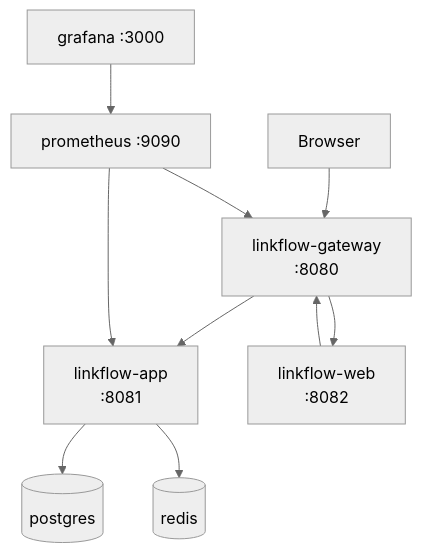
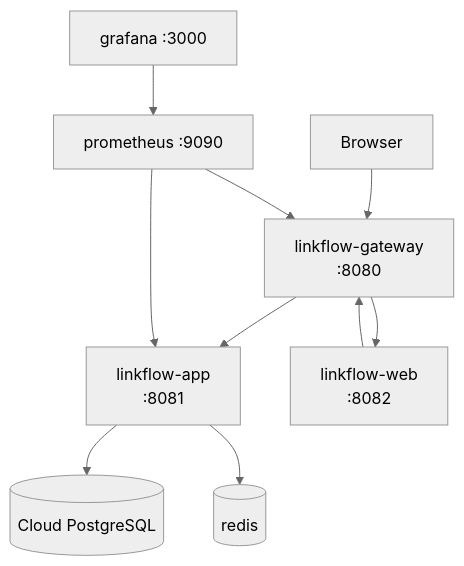
Before and after one commit to SlayerBit/linkflow: the diagram in docs/docker.md, drawn with Mermaid (neutral theme). The commit also changed other lines of this file and 8 other files, not shown here.

Commit message:
feat(infra): migrate PostgreSQL from Docker to Neon

````diff
--- a/docs/docker.md
+++ b/docs/docker.md
@@ -37,16 +36,16 @@
 ```mermaid
 flowchart TB
     Browser["Browser"] --> Gateway["linkflow-gateway\n:8080"]
 
     Gateway --> Backend["linkflow-app\n:8081"]
     Gateway --> WebUI["linkflow-web\n:8082"]
 
     WebUI --> Gateway
 
-    Backend --> Postgres[(postgres)]
+    Backend --> CloudPG[(Cloud PostgreSQL)]
     Backend --> Redis[(redis)]
 
     Prometheus["prometheus :9090"] --> Backend
     Prometheus --> Gateway
     Grafana["grafana :3000"] --> Prometheus
 ```
````
